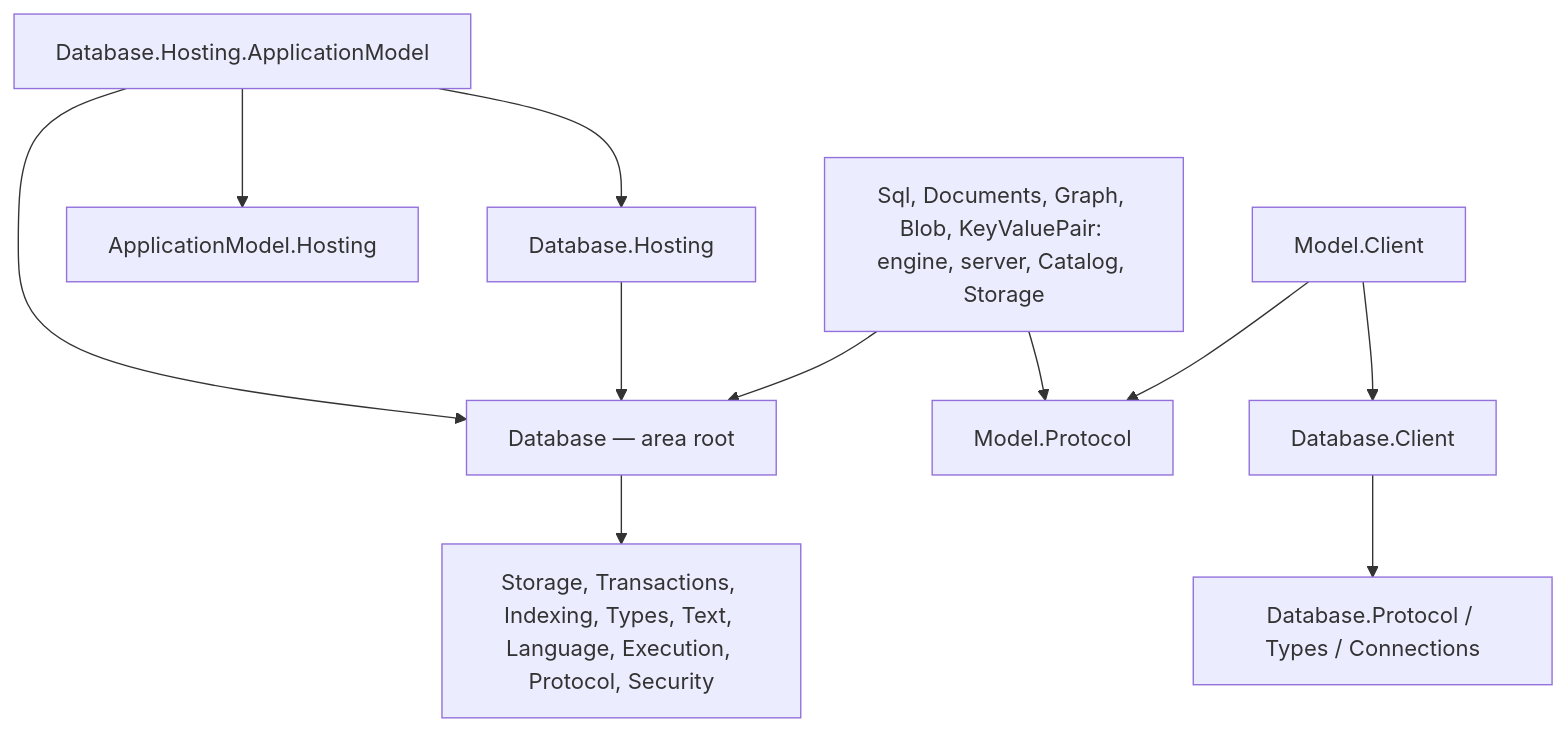
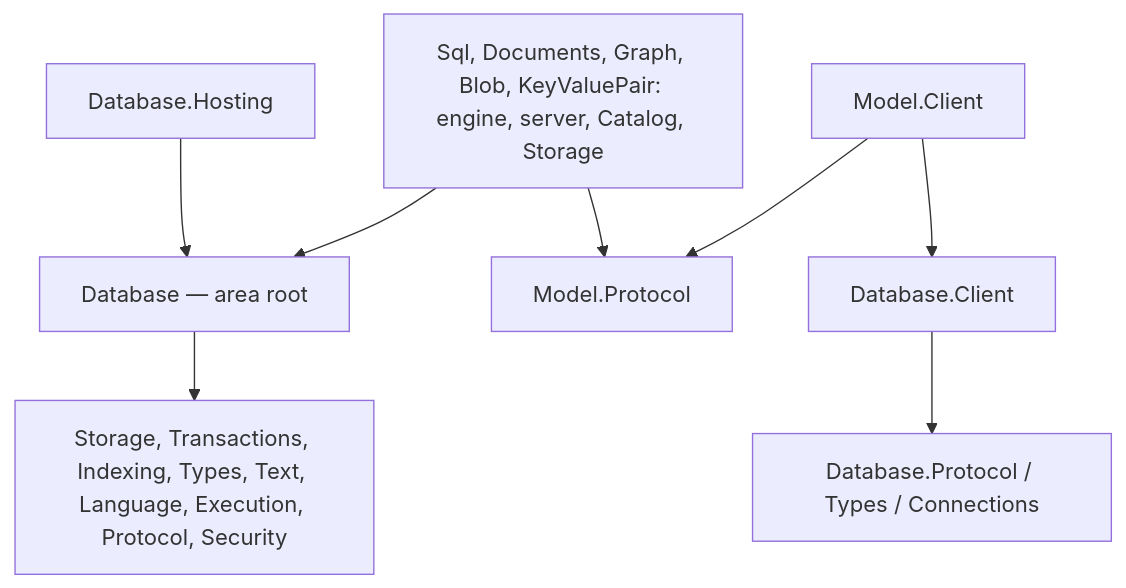
The second of 3 diagrams in docs/resources/Database/DESIGN.md (assimalign/cohesion), drawn with Mermaid before and after one commit. The commit also changed other lines of this file and 57 other files, not shown here.

First line of the commit message:
refactor(database): remove the old Hosting.ApplicationModel integration

````diff
--- a/docs/resources/Database/DESIGN.md
+++ b/docs/resources/Database/DESIGN.md
@@ -176,13 +175,10 @@
 ```mermaid
 flowchart TD
-    Integration["Database.Hosting.ApplicationModel"] --> Runtime["Database.Hosting"]
-    Integration --> AM["ApplicationModel.Hosting"]
-    Integration --> Root["Database — area root"]
-    Runtime --> Root
+    Runtime["Database.Hosting"] --> Root["Database — area root"]
     Root --> Kernel["Storage, Transactions, Indexing, Types, Text, Language, Execution, Protocol, Security"]
     Model["Sql, Documents, Graph, Blob, KeyValuePair: engine, server, Catalog, Storage"] --> Root
     Model --> Wire["Model.Protocol"]
     Client["Model.Client"] --> Wire
     Client --> SharedClient["Database.Client"]
     SharedClient --> SharedWire["Database.Protocol / Types / Connections"]
 ```
````
